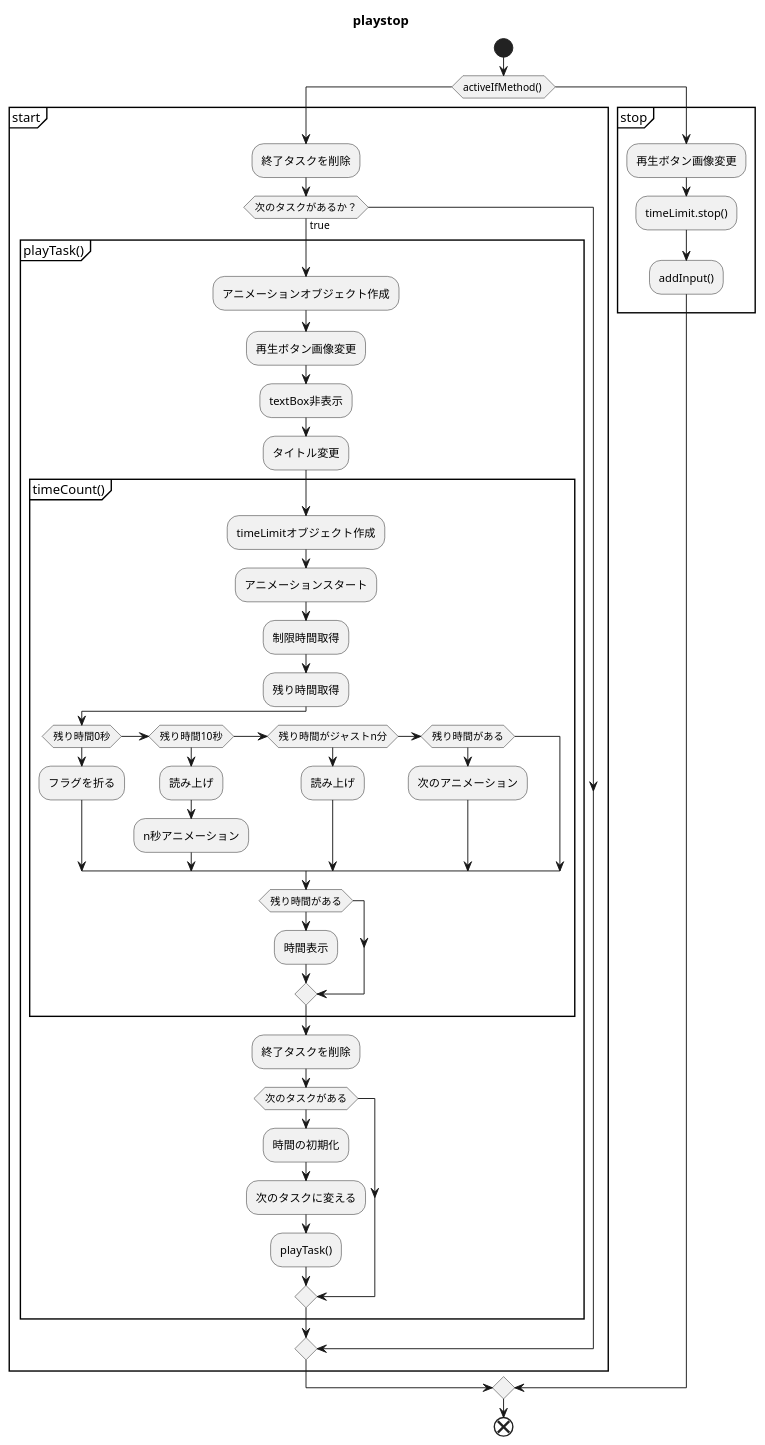
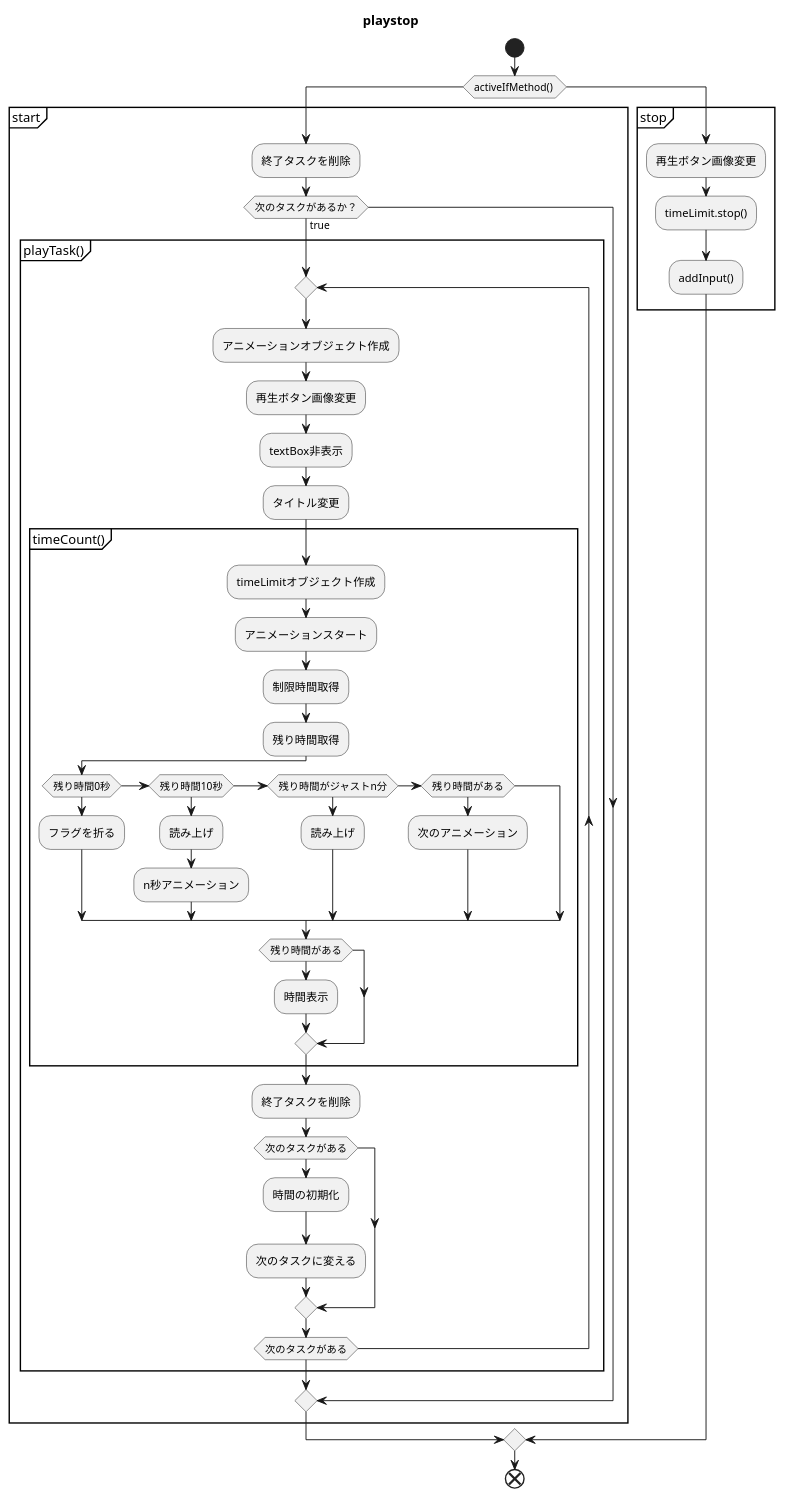
The diagram in UML/play.pu (kuniatsu/whipLash), drawn with PlantUML before and after one commit.

Commit message:
繰り返し処理を記載

```diff
--- a/UML/play.pu
+++ b/UML/play.pu
@@ -2,49 +2,50 @@
 @startuml playstopFlowchart
 title playstop
 start
 if (activeIfMethod() ) then 
     partition start {
         :終了タスクを削除; 
         if (次のタスクがあるか？) then (true)
             partition playTask() {
+                repeat
                 :アニメーションオブジェクト作成;
                 :再生ボタン画像変更;
                 :textBox非表示;
                 :タイトル変更;
                 partition timeCount() {
                     :timeLimitオブジェクト作成;
                     :アニメーションスタート;
                     :制限時間取得;
                     :残り時間取得;   
                     if (残り時間0秒) then 
                         :フラグを折る;
                     else if (残り時間10秒) then
                         :読み上げ;
                         :n秒アニメーション;
                     else if (残り時間がジャストn分) then
                         :読み上げ;
                     else if (残り時間がある) then
                         :次のアニメーション;
                     endif 
                     if (残り時間がある) then
                         :時間表示;
                     endif                                     
                 }
                 :終了タスクを削除;                
                 if (次のタスクがある) then 
                     :時間の初期化;
                     :次のタスクに変える;
-                    :playTask();
                 endif
+                repeat while (次のタスクがある)
             }
         endif
     }
 else 
     partition stop {
         :再生ボタン画像変更;
         :timeLimit.stop();
         :addInput();
     }
 endif
 end
 @enduml
```
